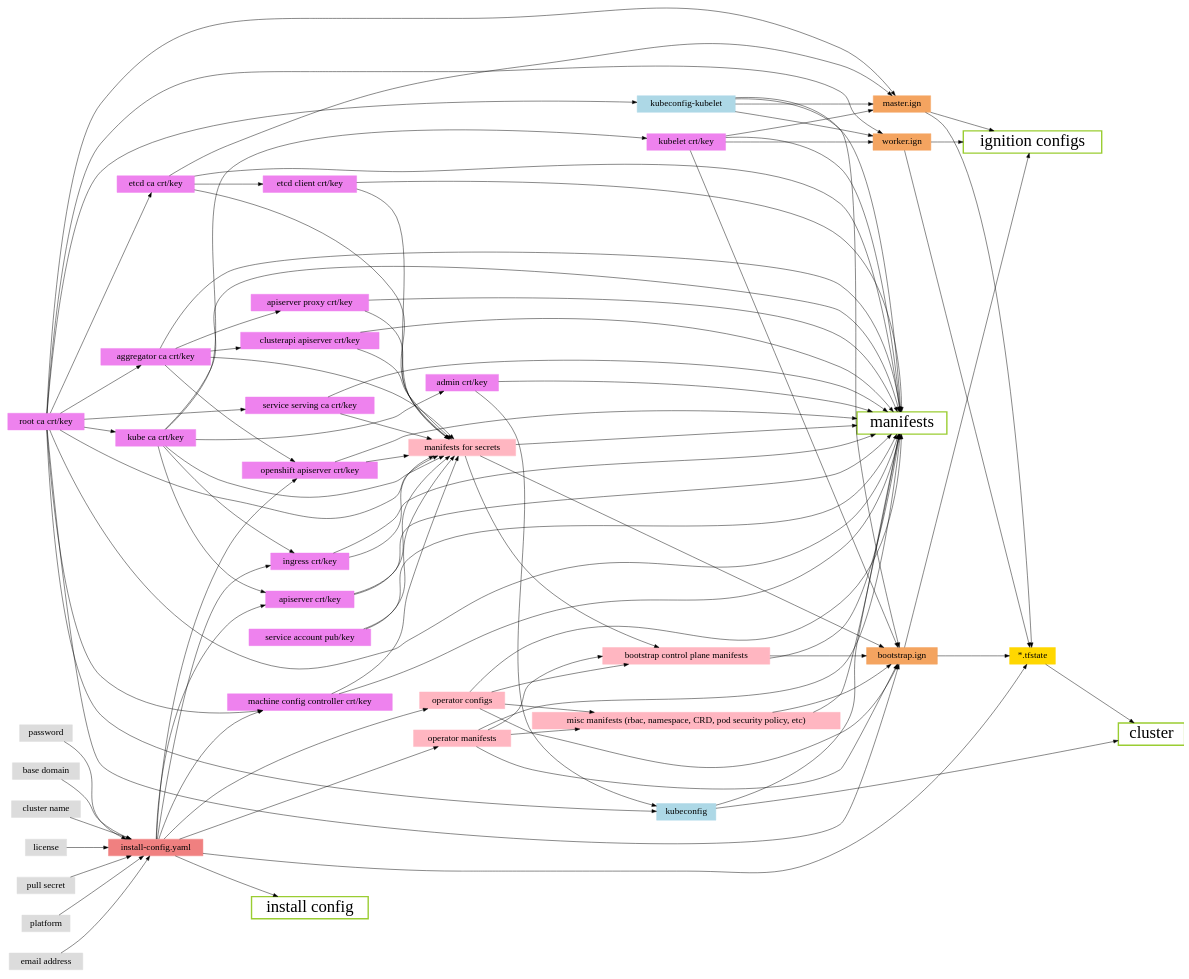
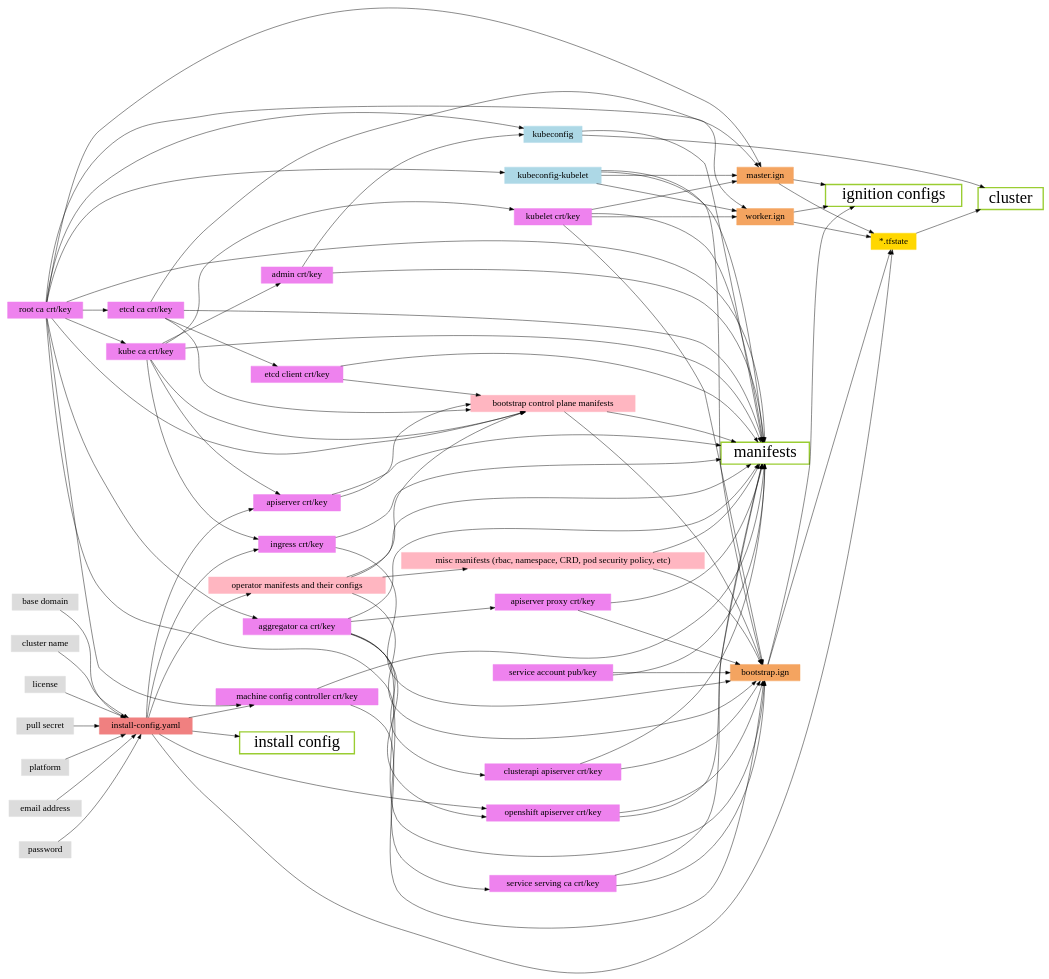
One commit to openshift/installer changed the diagram in Documentation/design/resource_dep.dot. Above: the diagram before and after it, drawn with Graphviz. The commit also changed 1 other file, not shown here.

Commit message:
resource_graph: Update the resource graph.
- Remove the intermediate "secret_manifests" target, because each
  "crt/key" target should be able to generate secret yamls
- Reduce ingress-ca crt/key to be just kube-ca crt/key.

```diff
--- a/Documentation/design/resource_dep.dot
+++ b/Documentation/design/resource_dep.dot
@@ -54,8 +54,7 @@
   // Operator assets
   {
     node [style=filled,color=lightpink];
-    operator_configs [label="operator configs"];
-    operator_manifests [label="operator manifests"];
+    operator_manifests [label="operator manifests and their configs"];
   }
 
   // Cluster assets
@@ -63,7 +62,6 @@
     node [style=filled,color=lightpink];
     bootstrap_control_plane [label="bootstrap control plane manifests"];
     misc_manifests [label="misc manifests (rbac, namespace, CRD, pod security policy, etc)"];
-    secret_manifests [label="manifests for secrets"];
   }
 
   // Ignition files
@@ -98,7 +96,6 @@
   base_domain -> install_config;
 
   install_config -> operator_manifests;
-  install_config -> operator_configs;
 
   root_ca_bundle -> kube_ca_bundle;
   root_ca_bundle -> etcd_ca_bundle;
@@ -109,65 +106,59 @@
 
   root_ca_bundle -> kubeconfig;
   root_ca_bundle -> kubelet_kubeconfig;
-  root_ca_bundle -> secret_manifests;
-  root_ca_bundle -> bootstrap_ignition;
+  root_ca_bundle -> bootstrap_control_plane;
   root_ca_bundle -> master_ignition;
   root_ca_bundle -> worker_ignition;
 
   etcd_ca_bundle -> etcd_client_bundle;
-  etcd_ca_bundle -> secret_manifests;
   etcd_ca_bundle -> master_ignition;
+  etcd_ca_bundle -> bootstrap_control_plane;
 
   kube_ca_bundle -> admin_bundle;
   kube_ca_bundle -> apiserver_bundle;
   install_config -> apiserver_bundle;
   kube_ca_bundle -> kubelet_bundle;
-  kube_ca_bundle -> secret_manifests;
-
   kube_ca_bundle -> ingress_bundle;
+  kube_ca_bundle -> bootstrap_control_plane;
+  
   install_config -> ingress_bundle;
   
   aggregator_ca_bundle -> openshift_apiserver_bundle;
   install_config -> openshift_apiserver_bundle;
   aggregator_ca_bundle -> apiserver_proxy_bundle;
   aggregator_ca_bundle -> clusterapi_apiserver_bundle;
-  aggregator_ca_bundle -> secret_manifests;
+  aggregator_ca_bundle -> bootstrap_ignition;
 
   admin_bundle -> kubeconfig;
 
-  apiserver_bundle -> secret_manifests;
+  apiserver_bundle -> bootstrap_control_plane;
 
-  apiserver_proxy_bundle -> secret_manifests;
+  apiserver_proxy_bundle -> bootstrap_ignition;
 
-  clusterapi_apiserver_bundle -> secret_manifests;
+  clusterapi_apiserver_bundle -> bootstrap_ignition;
 
-  etcd_client_bundle -> secret_manifests;
+  etcd_client_bundle -> bootstrap_control_plane;
 
   kubelet_bundle -> bootstrap_ignition;
   kubelet_bundle -> master_ignition;
   kubelet_bundle -> worker_ignition;
 
-  ingress_bundle -> secret_manifests;
+  ingress_bundle -> bootstrap_ignition;
 
-  openshift_apiserver_bundle -> secret_manifests;
+  openshift_apiserver_bundle -> bootstrap_ignition;
 
-  service_account_bundle -> secret_manifests;
+  service_account_bundle -> bootstrap_ignition;
 
-  service_serving_ca_bundle -> secret_manifests;
+  service_serving_ca_bundle -> bootstrap_ignition;
 
-  mcc_bundle -> secret_manifests;
+  mcc_bundle -> bootstrap_ignition;
 
-  operator_configs -> bootstrap_control_plane;
   operator_manifests -> bootstrap_control_plane;
-  secret_manifests -> bootstrap_control_plane;
-  operator_configs -> misc_manifests;
   operator_manifests -> misc_manifests;
   
-  operator_configs -> bootstrap_ignition;
   operator_manifests -> bootstrap_ignition;
 
   bootstrap_control_plane -> bootstrap_ignition;
-  secret_manifests -> bootstrap_ignition;
   misc_manifests -> bootstrap_ignition;
 
   kubelet_kubeconfig -> bootstrap_ignition;
@@ -198,11 +189,9 @@
   service_serving_ca_bundle -> manifests;
   mcc_bundle -> manifests;
   
-  operator_configs -> manifests;
   operator_manifests -> manifests;
 
   bootstrap_control_plane -> manifests;
-  secret_manifests -> manifests;
   misc_manifests -> manifests;
 
   kubelet_kubeconfig -> manifests;
```
